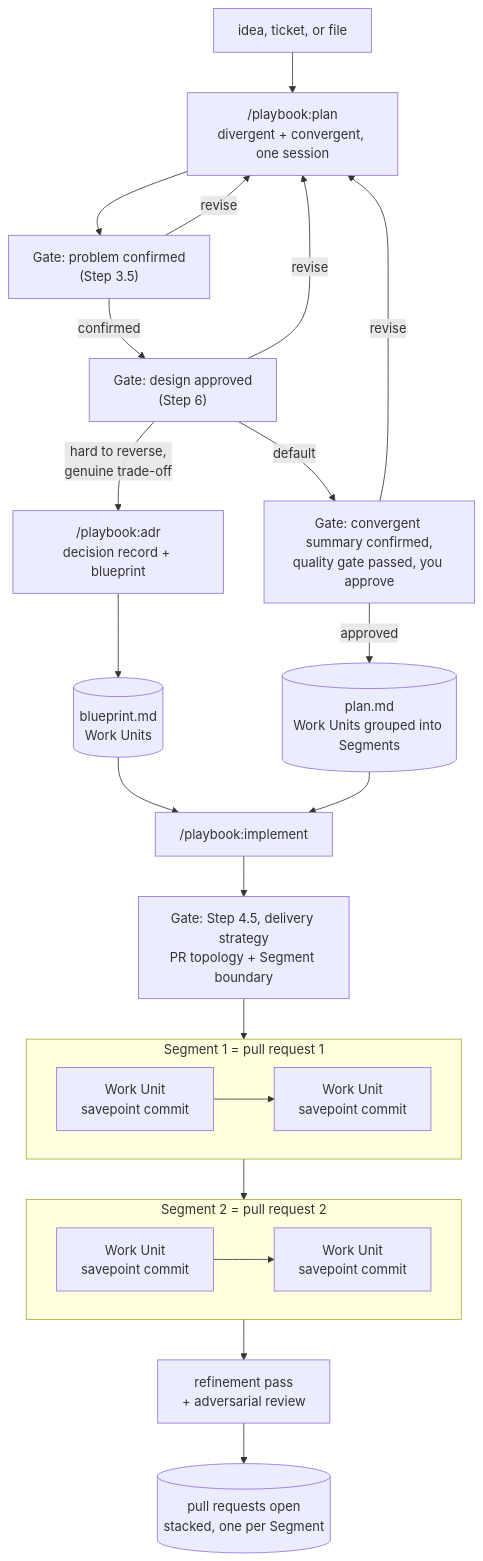
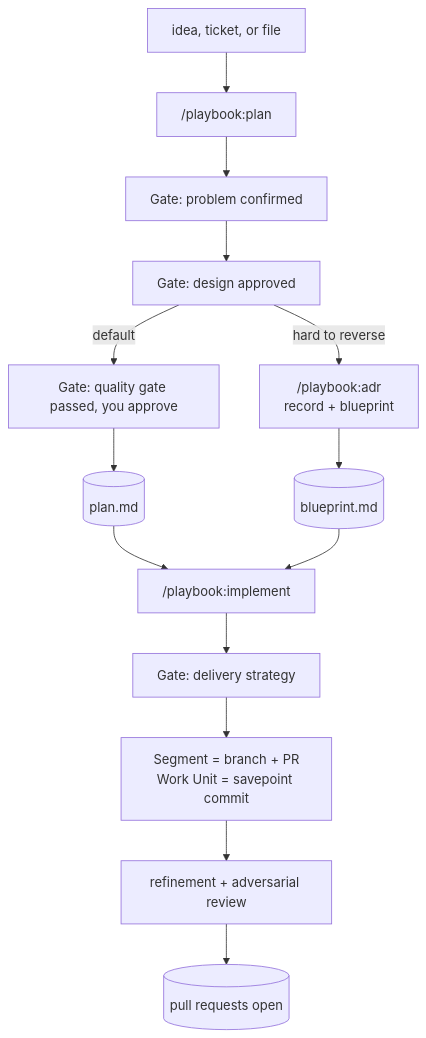
One commit to pragmatic-engineer/playbook changed the diagram in docs/guides/01-plan-and-implement.md. Above: the diagram before and after it, drawn with Mermaid. The commit also changed other lines of this file and 5 other files, not shown here.

````diff
--- a/docs/guides/01-plan-and-implement.md
+++ b/docs/guides/01-plan-and-implement.md
@@ -9,32 +5,16 @@
 ```mermaid
 flowchart TD
-  IDEA["idea, ticket, or file"] --> PLAN["/playbook:plan<br/>divergent + convergent, one session"]
-  PLAN --> G1["Gate: problem confirmed<br/>(Step 3.5)"]
-  G1 -->|revise| PLAN
-  G1 -->|confirmed| G2["Gate: design approved<br/>(Step 6)"]
-  G2 -->|revise| PLAN
-  G2 -->|"hard to reverse,<br/>genuine trade-off"| ADR["/playbook:adr<br/>decision record + blueprint"]
-  G2 -->|default| G3["Gate: convergent summary confirmed,<br/>quality gate passed, you approve"]
-
-  G3 -->|revise| PLAN
-  G3 -->|approved| PLANFILE[("plan.md<br/>Work Units grouped into Segments")]
-  ADR --> BLUEPRINT[("blueprint.md<br/>Work Units")]
-
+  IDEA["idea, ticket, or file"] --> PLAN["/playbook:plan"]
+  PLAN --> G1["Gate: problem confirmed"]
+  G1 --> G2["Gate: design approved"]
+  G2 -->|"hard to reverse"| ADR["/playbook:adr<br/>record + blueprint"]
+  G2 -->|default| G3["Gate: quality gate passed, you approve"]
+  G3 --> PLANFILE[("plan.md")]
+  ADR --> BLUEPRINT[("blueprint.md")]
   PLANFILE --> IMPL["/playbook:implement"]
   BLUEPRINT --> IMPL
-
-  IMPL --> G4["Gate: Step 4.5, delivery strategy<br/>PR topology + Segment boundary"]
-
-  subgraph SEG1["Segment 1 = pull request 1"]
-    direction LR
-    WU1["Work Unit<br/>savepoint commit"] --> WU2["Work Unit<br/>savepoint commit"]
-  end
-  subgraph SEG2["Segment 2 = pull request 2"]
-    direction LR
-    WU3["Work Unit<br/>savepoint commit"] --> WU4["Work Unit<br/>savepoint commit"]
-  end
-
-  G4 --> SEG1 --> SEG2
-  SEG2 --> REFINE["refinement pass<br/>+ adversarial review"]
-  REFINE --> PRS[("pull requests open<br/>stacked, one per Segment")]
+  IMPL --> G4["Gate: delivery strategy"]
+  G4 --> SEG["Segment = branch + PR<br/>Work Unit = savepoint commit"]
+  SEG --> REFINE["refinement + adversarial review"]
+  REFINE --> PRS[("pull requests open")]
 ```
````
